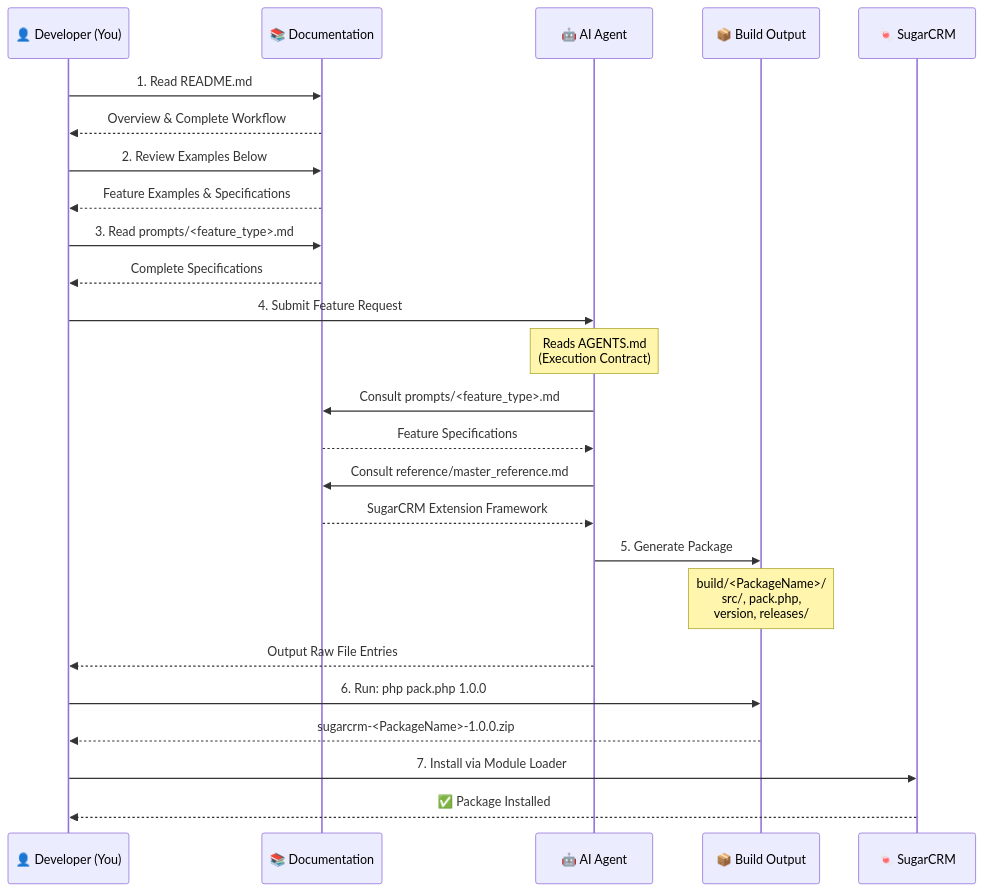
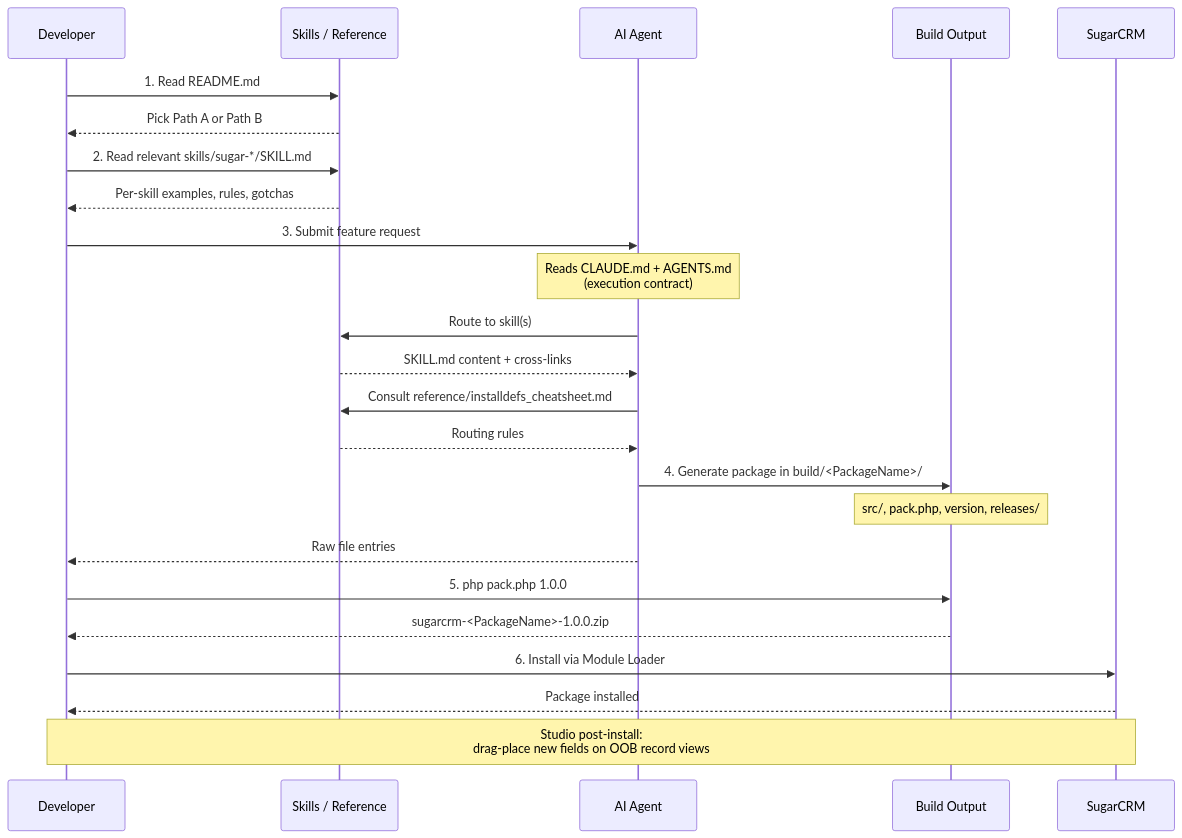
Before and after one commit to sugarcrm-developers/ai-for-sugar-devs: the diagram in README.md, drawn with Mermaid. The commit also changed other lines of this file and 69 other files, not shown here.

First line of the commit message:
Rebuilt to use Skills and Claude prompts (#2)

````diff
--- a/README.md
+++ b/README.md
@@ -51,37 +53,36 @@
 ```mermaid
 sequenceDiagram
-    participant Human as 👤 Developer (You)
-    participant Docs as 📚 Documentation
-    participant AI as 🤖 AI Agent
-    participant Build as 📦 Build Output
-    participant Sugar as 🍬 SugarCRM
+    participant Human as Developer
+    participant Docs as Skills / Reference
+    participant AI as AI Agent
+    participant Build as Build Output
+    participant Sugar as SugarCRM
 
     Human->>Docs: 1. Read README.md
-    Docs-->>Human: Overview & Complete Workflow
+    Docs-->>Human: Pick Path A or Path B
     
-    Human->>Docs: 2. Review Examples Below
-    Docs-->>Human: Feature Examples & Specifications
+    Human->>Docs: 2. Read relevant skills/sugar-*/SKILL.md
+    Docs-->>Human: Per-skill examples, rules, gotchas
     
-    Human->>Docs: 3. Read prompts/<feature_type>.md
-    Docs-->>Human: Complete Specifications
+    Human->>AI: 3. Submit feature request
+    Note over AI: Reads CLAUDE.md + AGENTS.md<br/>(execution contract)
     
-    Human->>AI: 4. Submit Feature Request
-    Note over AI: Reads AGENTS.md<br/>(Execution Contract)
+    AI->>Docs: Route to skill(s)
+    Docs-->>AI: SKILL.md content + cross-links
     
-    AI->>Docs: Consult prompts/<feature_type>.md
-    Docs-->>AI: Feature Specifications
+    AI->>Docs: Consult reference/installdefs_cheatsheet.md
+    Docs-->>AI: Routing rules
     
-    AI->>Docs: Consult reference/master_reference.md
-    Docs-->>AI: SugarCRM Extension Framework
+    AI->>Build: 4. Generate package in build/<PackageName>/
+    Note over Build: src/, pack.php, version, releases/
     
-    AI->>Build: 5. Generate Package
-    Note over Build: build/<PackageName>/<br/>src/, pack.php,<br/>version, releases/
+    AI-->>Human: Raw file entries
     
-    AI-->>Human: Output Raw File Entries
-    
-    Human->>Build: 6. Run: php pack.php 1.0.0
+    Human->>Build: 5. php pack.php 1.0.0
     Build-->>Human: sugarcrm-<PackageName>-1.0.0.zip
     
-    Human->>Sugar: 7. Install via Module Loader
-    Sugar-->>Human: ✅ Package Installed
+    Human->>Sugar: 6. Install via Module Loader
+    Sugar-->>Human: Package installed
+    
+    Note over Human,Sugar: Studio post-install:<br/>drag-place new fields on OOB record views
 ```
````
